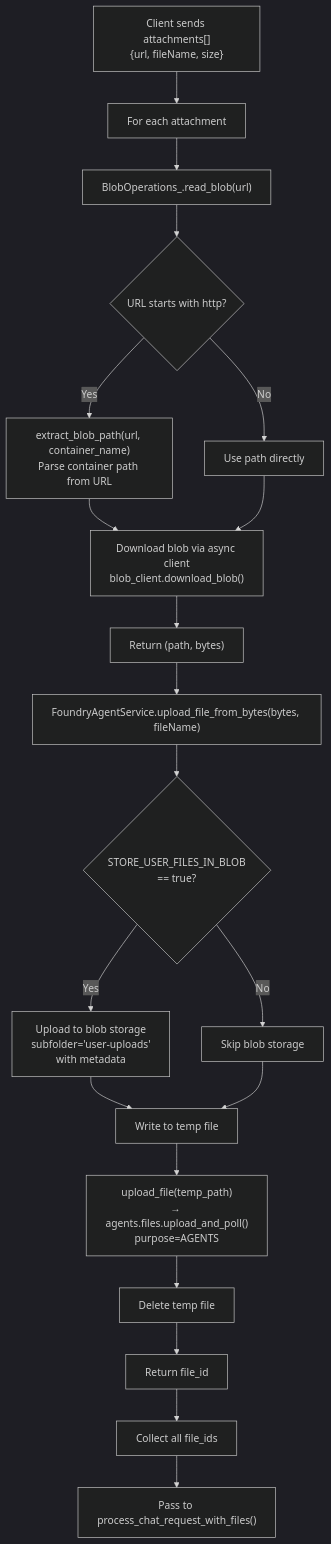
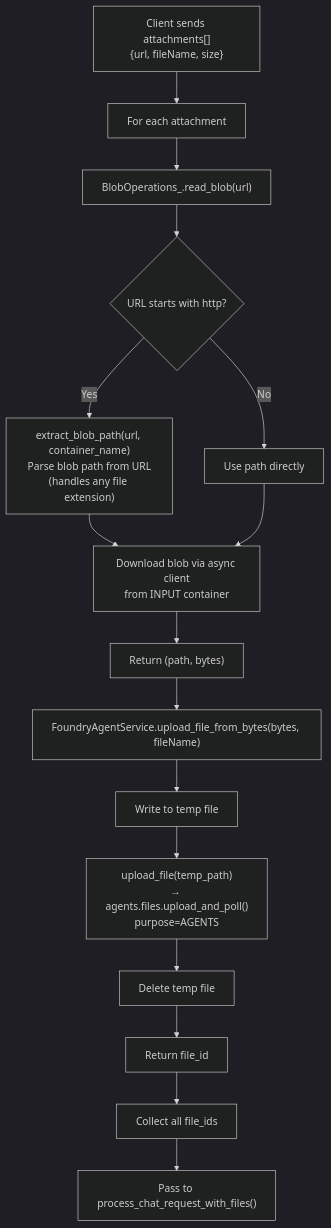
The ninth of 11 diagrams in architecture_diagram.md (sarahselwadi/data-analyst-agent), drawn with Mermaid (dark theme) before and after one commit. The commit also changed other lines of this file and 5 other files, not shown here.

Commit message:
unify storage client

````diff
--- a/architecture_diagram.md
+++ b/architecture_diagram.md
@@ -509,29 +487,23 @@
 ```mermaid
 flowchart TD
     INPUT["Client sends attachments[]<br/>{url, fileName, size}"]
     INPUT --> LOOP["For each attachment"]
 
     LOOP --> READ["BlobOperations_.read_blob(url)"]
     READ --> EXTRACT{"URL starts with http?"}
-    EXTRACT -->|"Yes"| PARSE["extract_blob_path(url, container_name)<br/>Parse container path from URL"]
+    EXTRACT -->|"Yes"| PARSE["extract_blob_path(url, container_name)<br/>Parse blob path from URL<br/>(handles any file extension)"]
     EXTRACT -->|"No"| DIRECT["Use path directly"]
-    PARSE --> DL["Download blob via async client<br/>blob_client.download_blob()"]
+    PARSE --> DL["Download blob via async client<br/>from INPUT container"]
     DIRECT --> DL
     DL --> BYTES["Return (path, bytes)"]
 
     BYTES --> FOUNDRY_UP["FoundryAgentService.upload_file_from_bytes(bytes, fileName)"]
 
-    FOUNDRY_UP --> BLOB_CHECK{"STORE_USER_FILES_IN_BLOB<br/>== true?"}
-    BLOB_CHECK -->|"Yes"| USER_BLOB["Upload to blob storage<br/>subfolder='user-uploads'<br/>with metadata"]
-    BLOB_CHECK -->|"No"| SKIP_BLOB["Skip blob storage"]
-
-    USER_BLOB --> TEMP["Write to temp file"]
-    SKIP_BLOB --> TEMP
-
+    FOUNDRY_UP --> TEMP["Write to temp file"]
     TEMP --> AI_UPLOAD["upload_file(temp_path)<br/>→ agents.files.upload_and_poll()<br/>purpose=AGENTS"]
     AI_UPLOAD --> CLEANUP["Delete temp file"]
     CLEANUP --> RETURN_FID["Return file_id"]
 
     RETURN_FID --> COLLECT["Collect all file_ids"]
     COLLECT --> CHAT["Pass to process_chat_request_with_files()"]
 ```
````
